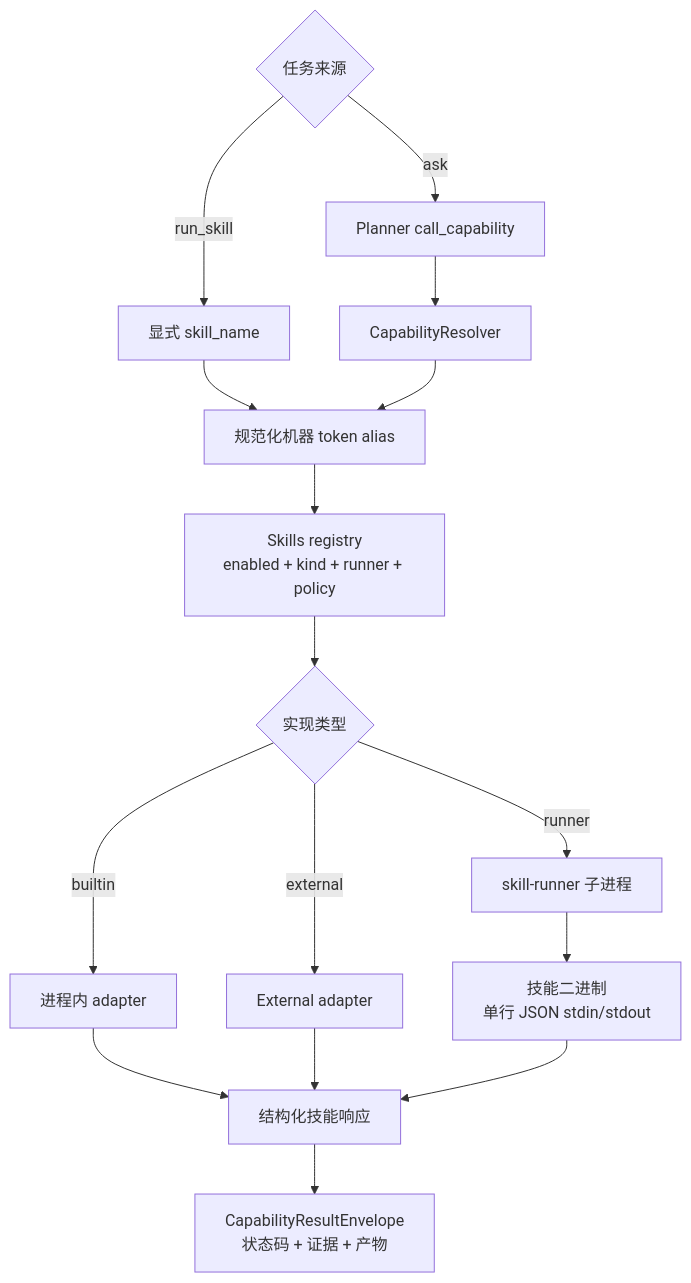
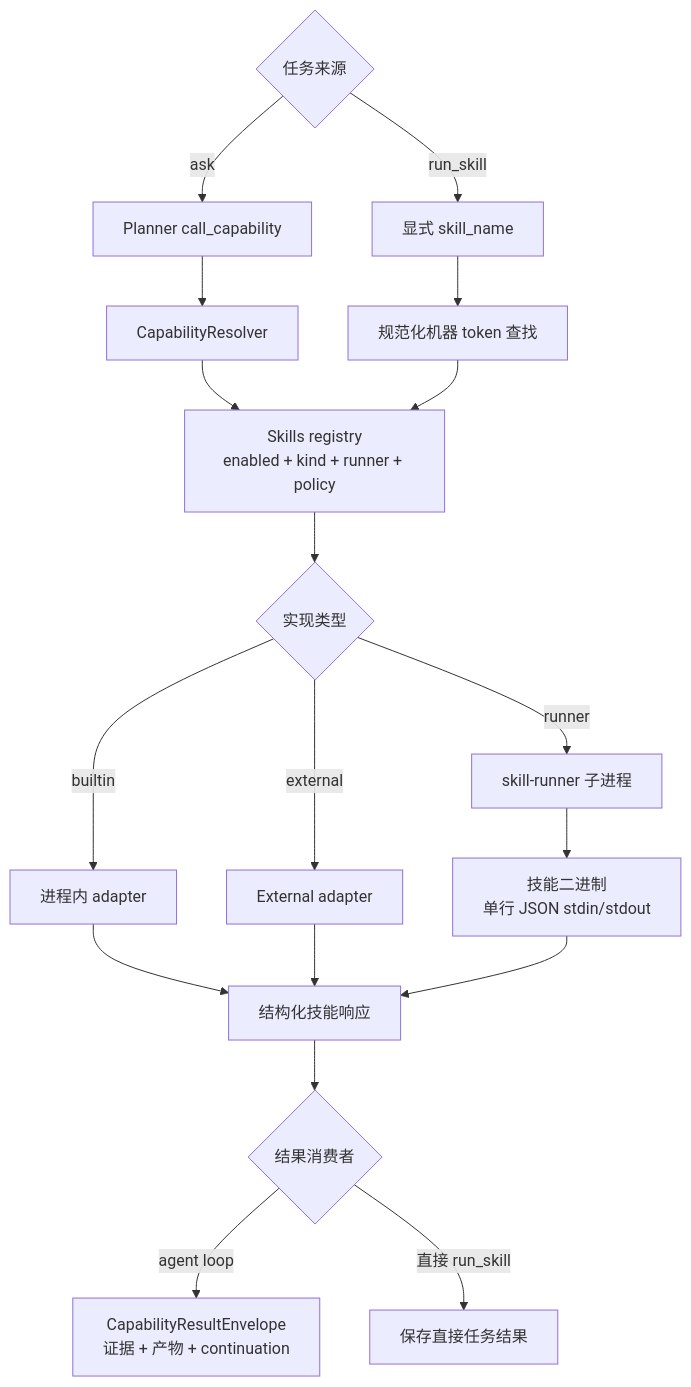
One commit to MatrixCoreX/RustClaw changed the first of 3 diagrams in docs/architecture/05-skills-media-models.zh-CN.md. Above: the diagram before and after it, drawn with Mermaid. The commit also changed other lines of this file and 17 other files, not shown here.

Commit message:
docs: synchronize architecture learning guide

````diff
--- a/docs/architecture/05-skills-media-models.zh-CN.md
+++ b/docs/architecture/05-skills-media-models.zh-CN.md
@@ -10,18 +12,20 @@
 ```mermaid
 flowchart TD
     A{任务来源} -->|ask| B[Planner call_capability]
     A -->|run_skill| C[显式 skill_name]
     B --> D[CapabilityResolver]
-    C --> E[规范化机器 token alias]
-    D --> E
+    C --> E[规范化机器 token 查找]
+    D --> F
     E --> F[Skills registry<br/>enabled + kind + runner + policy]
     F --> G{实现类型}
     G -->|builtin| H[进程内 adapter]
     G -->|runner| I[skill-runner 子进程]
     G -->|external| J[External adapter]
     I --> K[技能二进制<br/>单行 JSON stdin/stdout]
     H --> L[结构化技能响应]
     J --> L
     K --> L
-    L --> M[CapabilityResultEnvelope<br/>状态码 + 证据 + 产物]
+    L --> M{结果消费者}
+    M -->|agent loop| N[CapabilityResultEnvelope<br/>证据 + 产物 + continuation]
+    M -->|直接 run_skill| O[保存直接任务结果]
 ```
````
